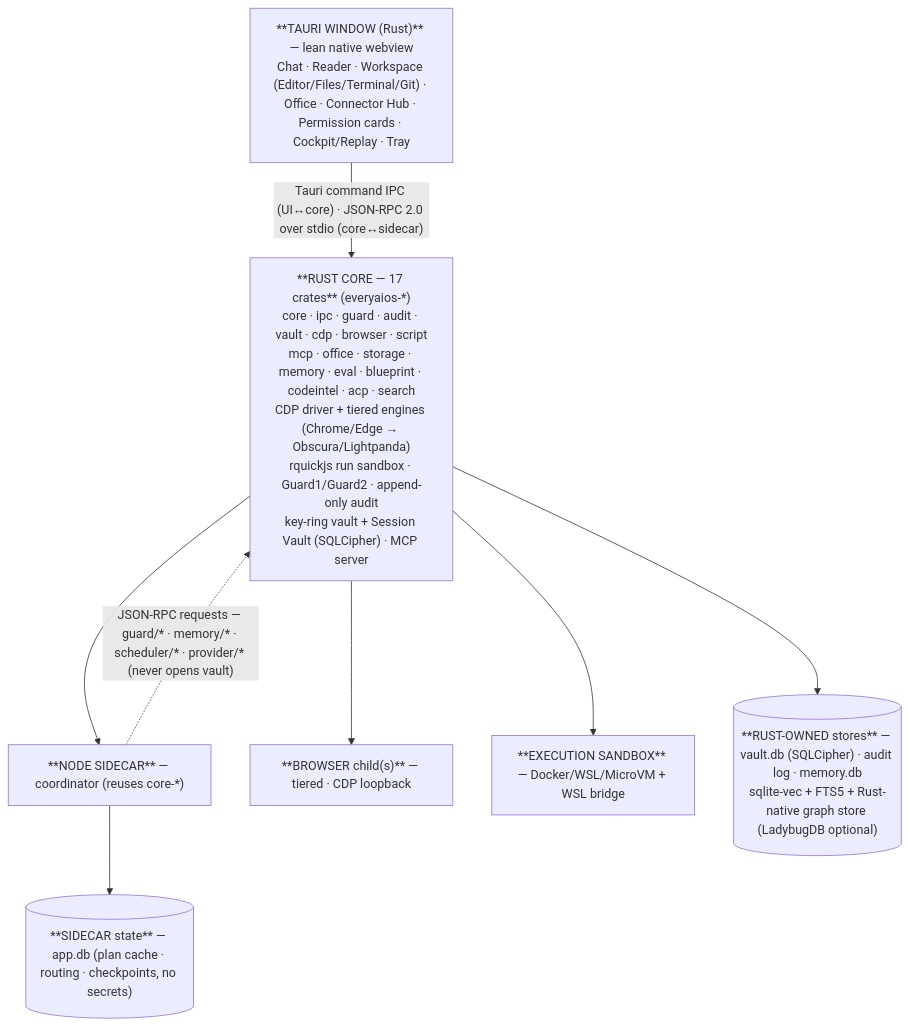
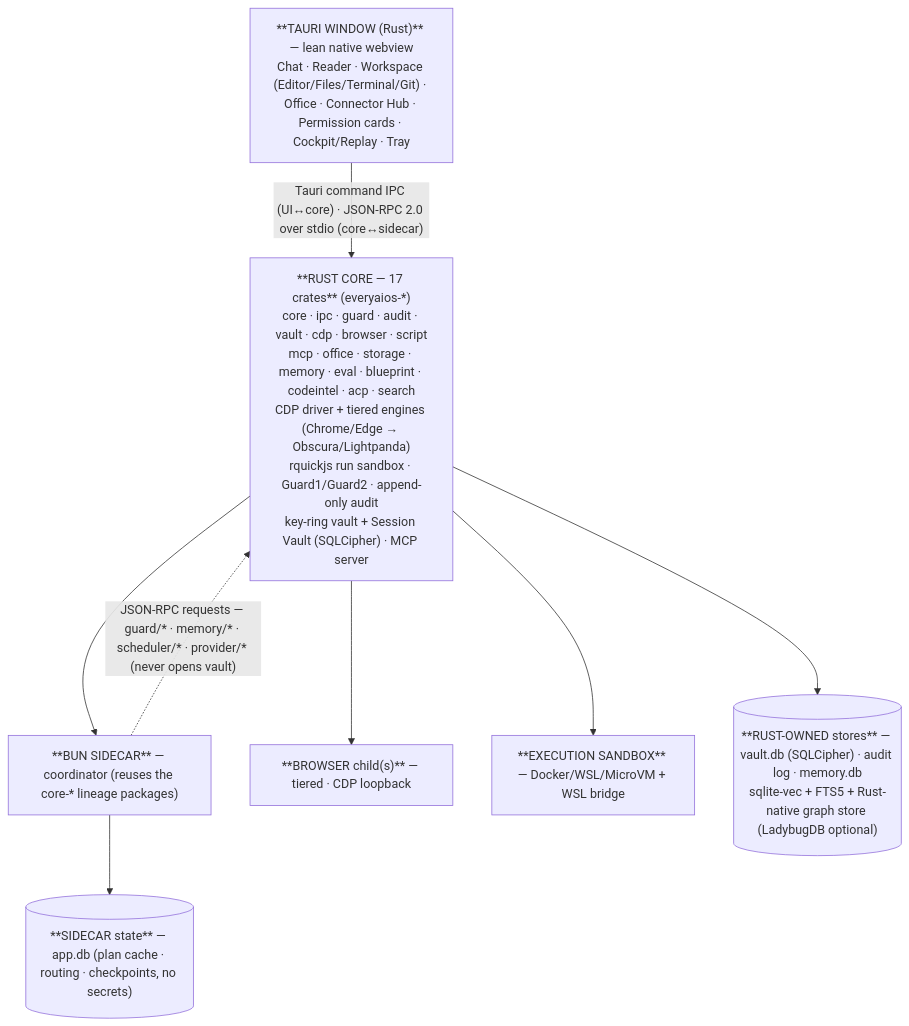
The first of 9 diagrams in DESKTOP-APP-SPEC.md (sarv-projects/EveryAIOS), drawn with Mermaid before and after one commit. The commit also changed other lines of this file and 6 other files, not shown here.

````diff
--- a/DESKTOP-APP-SPEC.md
+++ b/DESKTOP-APP-SPEC.md
@@ -462,17 +463,17 @@
 ```mermaid
 flowchart TD
     UI["**TAURI WINDOW (Rust)** — lean native webview<br/>Chat · Reader · Workspace (Editor/Files/Terminal/Git) · Office · Connector Hub · Permission cards · Cockpit/Replay · Tray"]
     CORE["**RUST CORE — 17 crates** (everyaios-*)<br/>core · ipc · guard · audit · vault · cdp · browser · script<br/>mcp · office · storage · memory · eval · blueprint · codeintel · acp · search<br/>CDP driver + tiered engines (Chrome/Edge → Obscura/Lightpanda)<br/>rquickjs run sandbox · Guard1/Guard2 · append-only audit<br/>key-ring vault + Session Vault (SQLCipher) · MCP server"]
-    SIDE["**NODE SIDECAR** — coordinator (reuses core-*)"]
+    SIDE["**BUN SIDECAR** — coordinator (reuses the core-* lineage packages)"]
     BROWSER["**BROWSER child(s)** — tiered · CDP loopback"]
     SANDBOX["**EXECUTION SANDBOX** — Docker/WSL/MicroVM + WSL bridge"]
     DB[("**RUST-OWNED stores** — vault.db (SQLCipher) · audit log · memory.db<br/>sqlite-vec + FTS5 + Rust-native graph store (LadybugDB optional)")]
     APPDB[("**SIDECAR state** — app.db (plan cache · routing · checkpoints, no secrets)")]
     UI -->|"Tauri command IPC (UI↔core) · JSON-RPC 2.0 over stdio (core↔sidecar)"| CORE
     CORE --> SIDE
     CORE --> BROWSER
     CORE --> SANDBOX
     CORE --> DB
     SIDE --> APPDB
     SIDE -.->|"JSON-RPC requests — guard/* · memory/* · scheduler/* · provider/* (never opens vault)"| CORE
 ```
````
